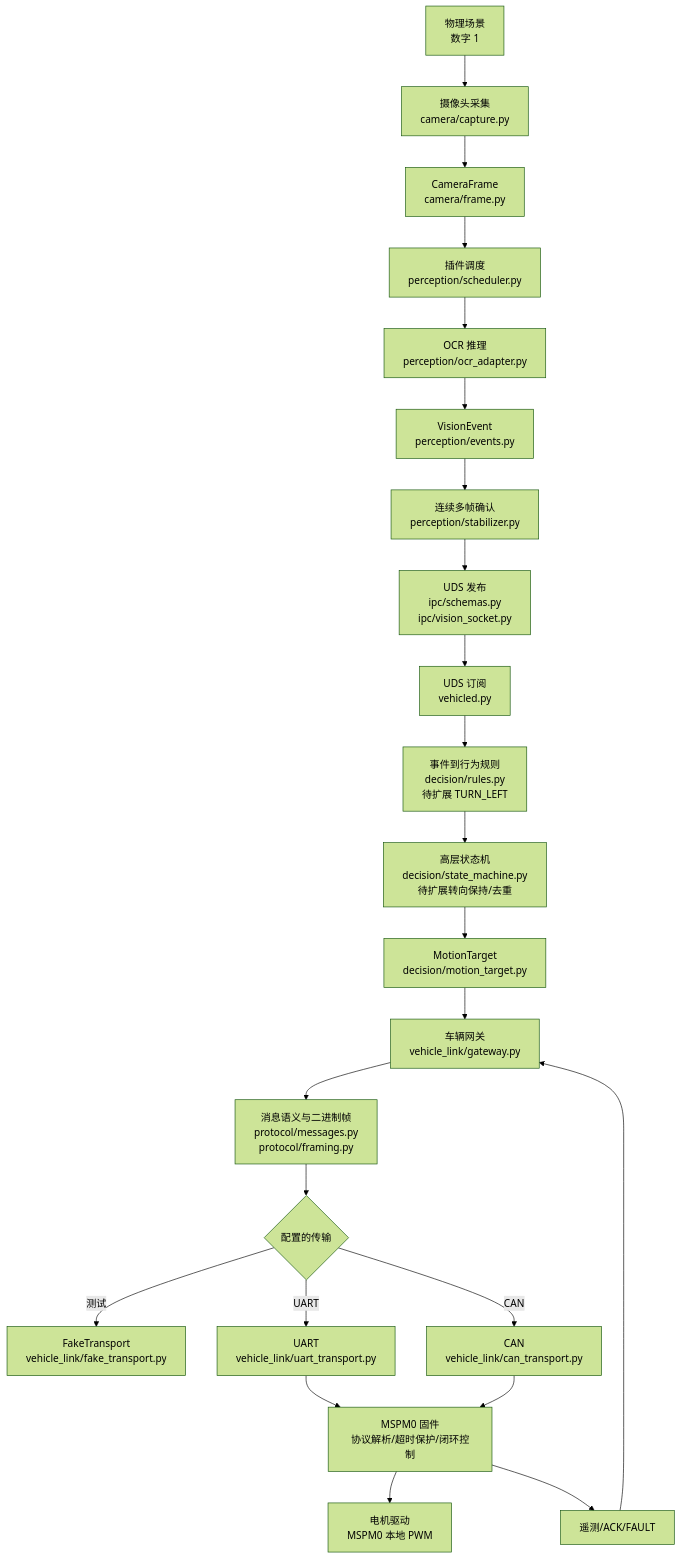
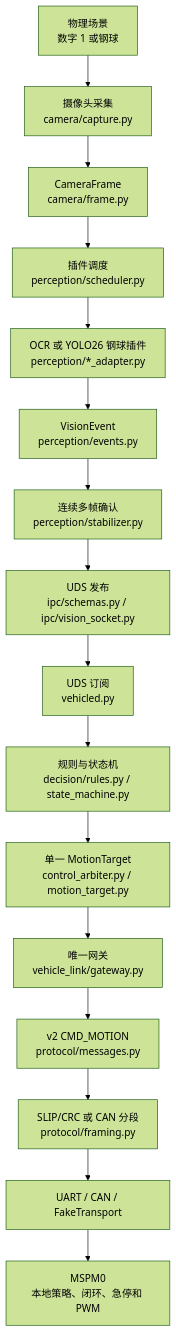
The first of 4 diagrams in docs/vision_to_motion_flow.md (NaBCberry/robot_car), drawn with Mermaid (forest theme) before and after one commit. The commit also changed other lines of this file and 5 other files, not shown here.

````diff
--- a/docs/vision_to_motion_flow.md
+++ b/docs/vision_to_motion_flow.md
@@ -18,25 +13,18 @@
 ```mermaid
 flowchart TD
-    A[物理场景<br/>数字 1] --> B[摄像头采集<br/>camera/capture.py]
+    A[物理场景<br/>数字 1 或钢球] --> B[摄像头采集<br/>camera/capture.py]
     B --> C[CameraFrame<br/>camera/frame.py]
     C --> D[插件调度<br/>perception/scheduler.py]
-    D --> E[OCR 推理<br/>perception/ocr_adapter.py]
+    D --> E[OCR 或 YOLO26 钢球插件<br/>perception/*_adapter.py]
     E --> F[VisionEvent<br/>perception/events.py]
     F --> G[连续多帧确认<br/>perception/stabilizer.py]
-    G --> H[UDS 发布<br/>ipc/schemas.py<br/>ipc/vision_socket.py]
+    G --> H[UDS 发布<br/>ipc/schemas.py / ipc/vision_socket.py]
     H --> I[UDS 订阅<br/>vehicled.py]
-    I --> J[事件到行为规则<br/>decision/rules.py<br/>待扩展 TURN_LEFT]
-    J --> K[高层状态机<br/>decision/state_machine.py<br/>待扩展转向保持/去重]
-    K --> L[MotionTarget<br/>decision/motion_target.py]
-    L --> M[车辆网关<br/>vehicle_link/gateway.py]
-    M --> N[消息语义与二进制帧<br/>protocol/messages.py<br/>protocol/framing.py]
-    N --> O{配置的传输}
-    O -->|测试| P[FakeTransport<br/>vehicle_link/fake_transport.py]
-    O -->|UART| Q[UART<br/>vehicle_link/uart_transport.py]
-    O -->|CAN| R[CAN<br/>vehicle_link/can_transport.py]
-    Q --> S[MSPM0 固件<br/>协议解析/超时保护/闭环控制]
-    R --> S
-    S --> T[电机驱动<br/>MSPM0 本地 PWM]
-    S --> U[遥测/ACK/FAULT]
-    U --> M
+    I --> J[规则与状态机<br/>decision/rules.py / state_machine.py]
+    J --> K[单一 MotionTarget<br/>control_arbiter.py / motion_target.py]
+    K --> L[唯一网关<br/>vehicle_link/gateway.py]
+    L --> M[v2 CMD_MOTION<br/>protocol/messages.py]
+    M --> N[SLIP/CRC 或 CAN 分段<br/>protocol/framing.py]
+    N --> O[UART / CAN / FakeTransport]
+    O --> P[MSPM0<br/>本地策略、闭环、急停和 PWM]
 ```
````
